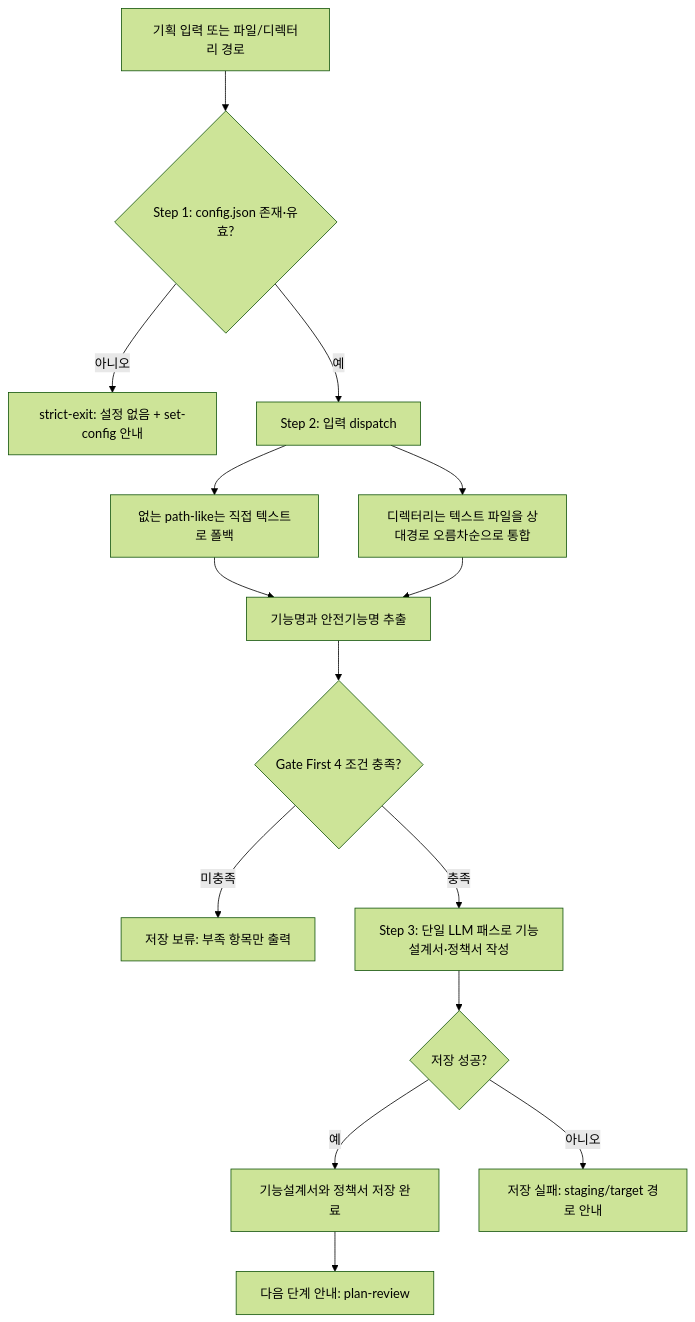
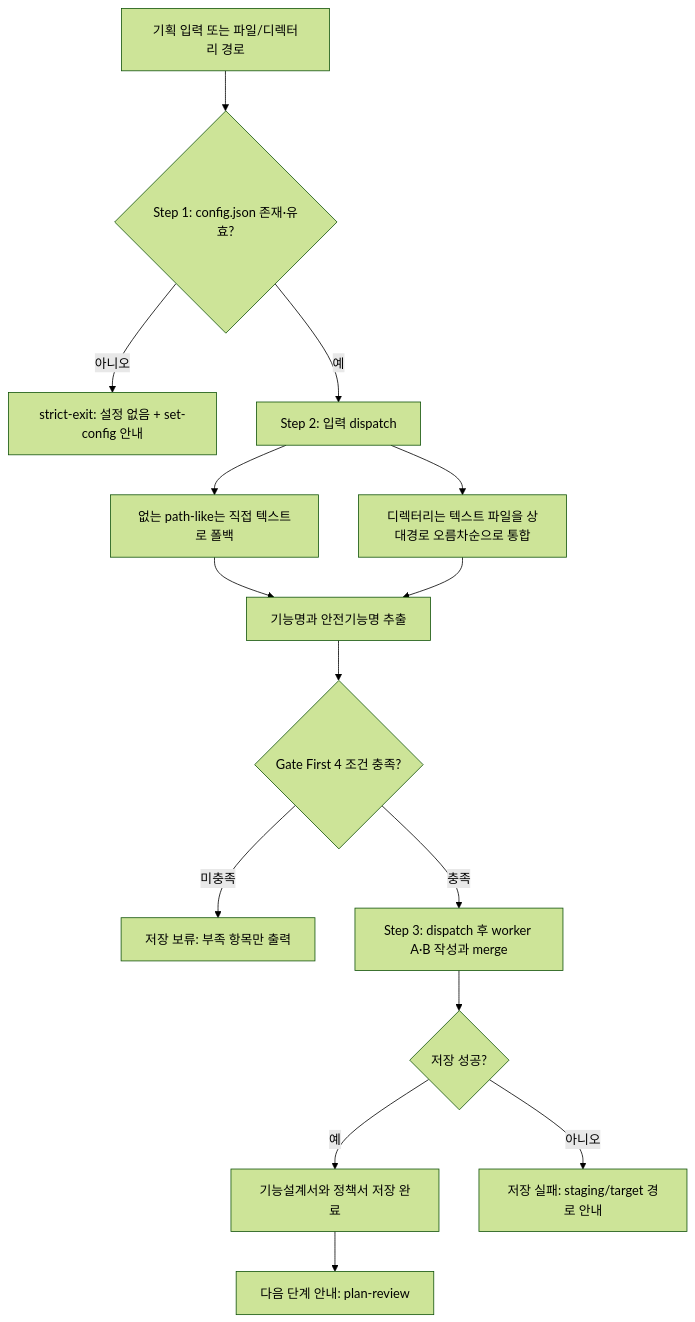
The third of 5 diagrams in product-team-kit/docs/skills-workflow.md (inkwonjung-colosseum/plugins), drawn with Mermaid (forest theme) before and after one commit. The commit also changed 15 other files, not shown here.

````diff
--- a/product-team-kit/docs/skills-workflow.md
+++ b/product-team-kit/docs/skills-workflow.md
@@ -100,17 +100,17 @@
 ```mermaid
 flowchart TD
     A[기획 입력 또는 파일/디렉터리 경로] --> S1{Step 1: config.json 존재·유효?}
     S1 -- 아니오 --> S1X[strict-exit: 설정 없음 + set-config 안내]
     S1 -- 예 --> B[Step 2: 입력 dispatch]
     B --> B1[없는 path-like는 직접 텍스트로 폴백]
     B --> B2[디렉터리는 텍스트 파일을 상대경로 오름차순으로 통합]
     B1 --> C[기능명과 안전기능명 추출]
     B2 --> C
     C --> D{Gate First 4 조건 충족?}
     D -- 미충족 --> E[저장 보류: 부족 항목만 출력]
-    D -- 충족 --> H[Step 3: 단일 LLM 패스로 기능설계서·정책서 작성]
+    D -- 충족 --> H[Step 3: dispatch 후 worker A·B 작성과 merge]
     H --> N{저장 성공?}
     N -- 예 --> O[기능설계서와 정책서 저장 완료]
     N -- 아니오 --> P[저장 실패: staging/target 경로 안내]
     O --> Q[다음 단계 안내: plan-review]
 ```
````
